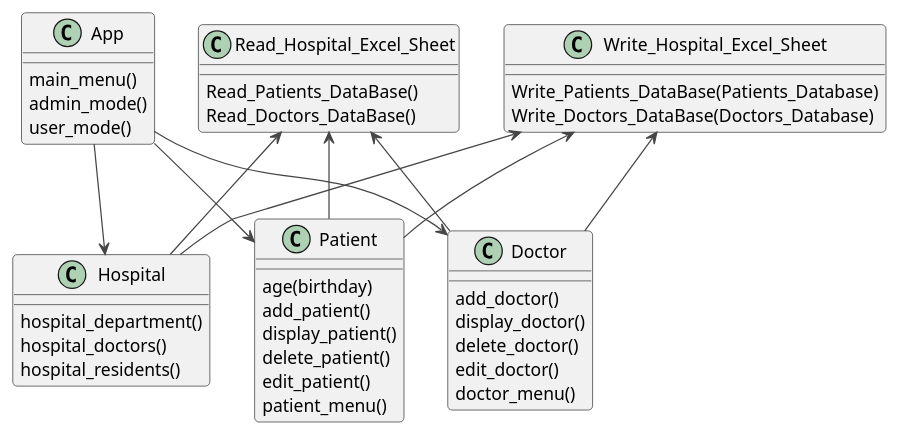
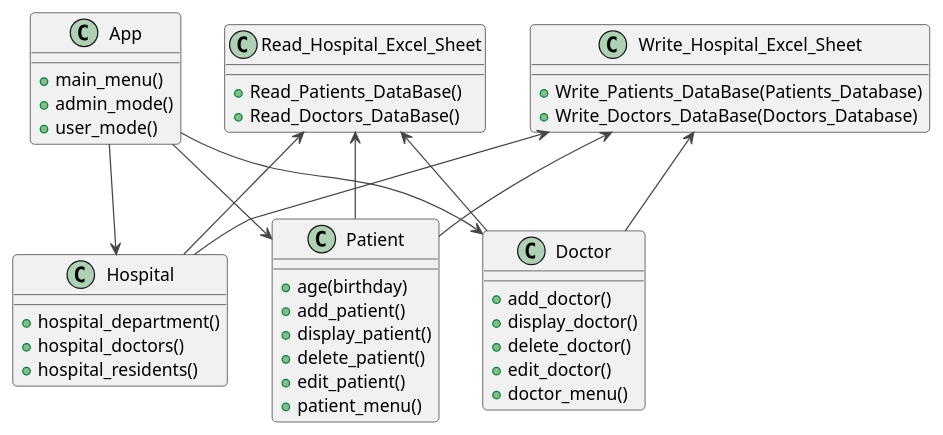
Before and after one commit to moresevankline/Final-project: the diagram in HMS_UML.puml, drawn with PlantUML.

```diff
--- a/HMS_UML.puml
+++ b/HMS_UML.puml
@@ -1,33 +1,33 @@
 @startuml
 !theme vibrant
 App --> Hospital
 App --> Patient
 App --> Doctor
 Read_Hospital_Excel_Sheet <-- Hospital
 Read_Hospital_Excel_Sheet <-- Doctor
 Read_Hospital_Excel_Sheet <-- Patient
 Write_Hospital_Excel_Sheet <-- Hospital
 Write_Hospital_Excel_Sheet <-- Doctor
 Write_Hospital_Excel_Sheet <-- Patient
-App : main_menu()
-App : admin_mode()
-App : user_mode()
-Hospital : hospital_department()
-Hospital : hospital_doctors()
-Hospital : hospital_residents()
-Doctor : add_doctor()
-Doctor : display_doctor()
-Doctor : delete_doctor()
-Doctor : edit_doctor()
-Doctor : doctor_menu()
-Patient : age(birthday)
-Patient : add_patient()
-Patient : display_patient()
-Patient : delete_patient()
-Patient : edit_patient()
-Patient : patient_menu()
-Read_Hospital_Excel_Sheet : Read_Patients_DataBase()
-Read_Hospital_Excel_Sheet : Read_Doctors_DataBase()
-Write_Hospital_Excel_Sheet : Write_Patients_DataBase(Patients_Database)
-Write_Hospital_Excel_Sheet : Write_Doctors_DataBase(Doctors_Database)
+App : +main_menu()
+App : +admin_mode()
+App : +user_mode()
+Hospital : +hospital_department()
+Hospital : +hospital_doctors()
+Hospital : +hospital_residents()
+Doctor : +add_doctor()
+Doctor : +display_doctor()
+Doctor : +delete_doctor()
+Doctor : +edit_doctor()
+Doctor : +doctor_menu()
+Patient : +age(birthday)
+Patient : +add_patient()
+Patient : +display_patient()
+Patient : +delete_patient()
+Patient : +edit_patient()
+Patient : +patient_menu()
+Read_Hospital_Excel_Sheet : +Read_Patients_DataBase()
+Read_Hospital_Excel_Sheet : +Read_Doctors_DataBase()
+Write_Hospital_Excel_Sheet : +Write_Patients_DataBase(Patients_Database)
+Write_Hospital_Excel_Sheet : +Write_Doctors_DataBase(Doctors_Database)
 @enduml
```
